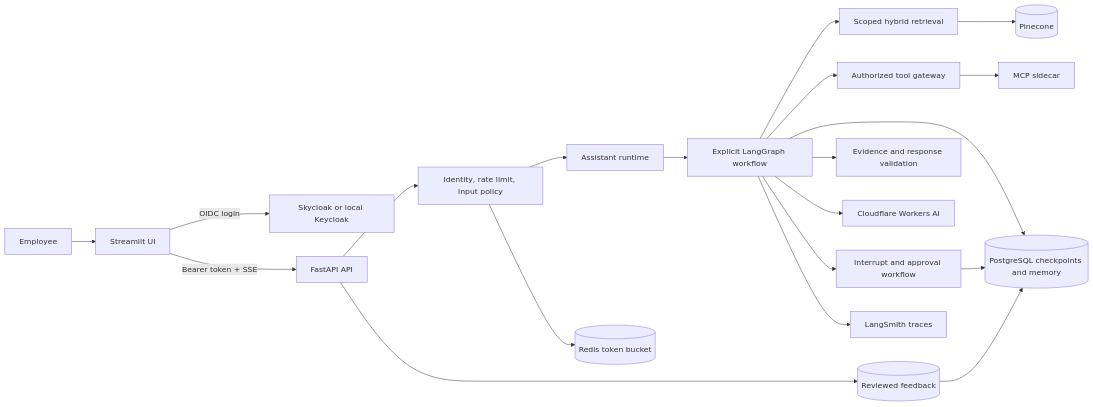
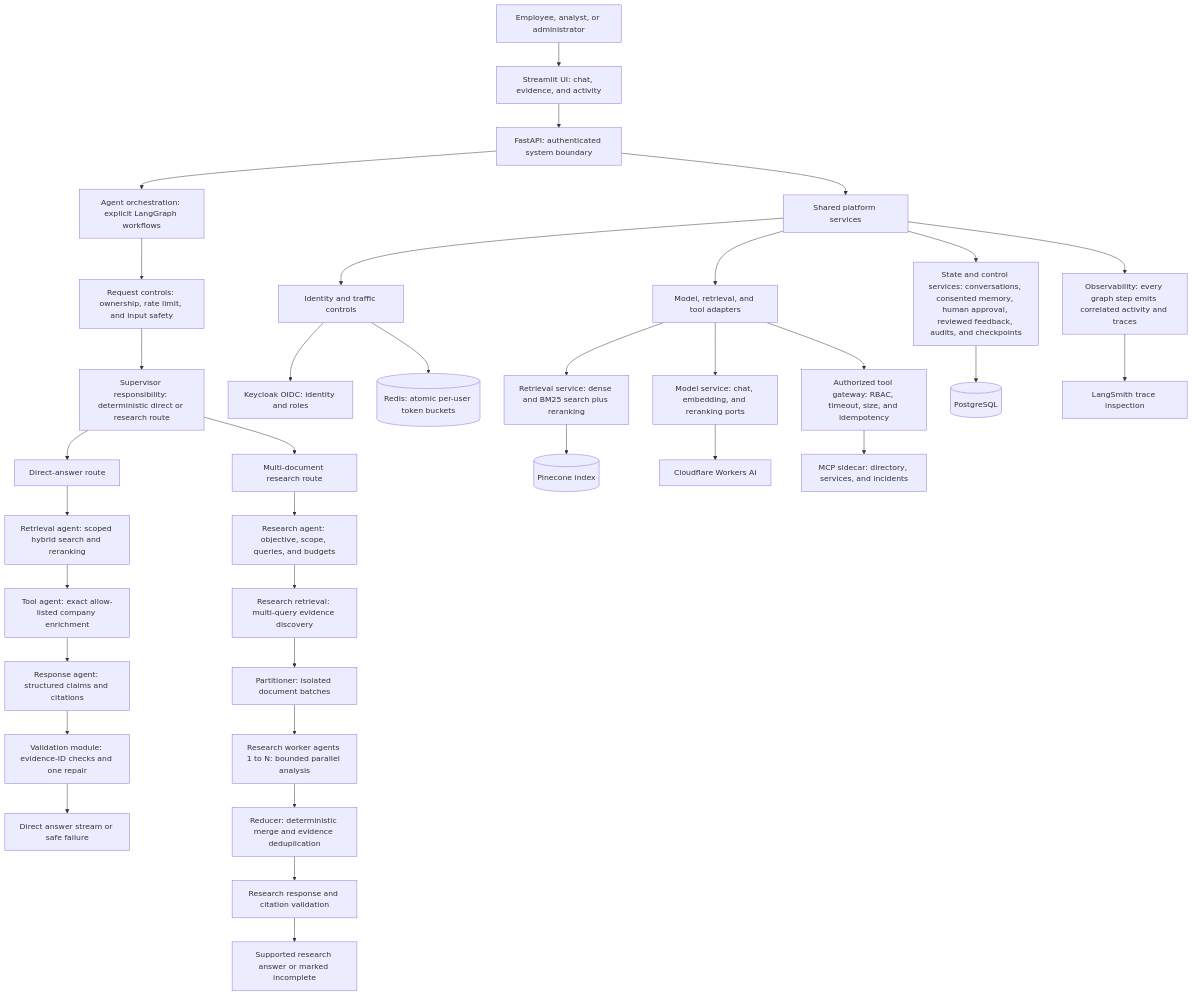
Before and after one commit to yathindrak/orysys: the diagram in docs/diagrams/system-context.mmd, drawn with Mermaid. The commit also changed 4 other files, not shown here.

Commit message:
chore: update docs with diagram

```diff
--- a/docs/diagrams/system-context.mmd
+++ b/docs/diagrams/system-context.mmd
@@ -1,20 +1,60 @@
-flowchart LR
-    User[Employee] --> UI[Streamlit UI]
-    UI -->|OIDC login| Keycloak[Skycloak or local Keycloak]
-    UI -->|Bearer token + SSE| API[FastAPI API]
-    API --> Policy[Identity, rate limit, input policy]
-    Policy --> Runtime[Assistant runtime]
-    Runtime --> Graph[Explicit LangGraph workflow]
-    Graph --> Retrieval[Scoped hybrid retrieval]
-    Graph --> Tools[Authorized tool gateway]
-    Graph --> Approval[Interrupt and approval workflow]
-    Graph --> Validation[Evidence and response validation]
-    Graph --> Cloudflare[Cloudflare Workers AI]
-    Retrieval --> Pinecone[(Pinecone)]
-    Tools --> MCP[MCP sidecar]
-    Graph --> Postgres[(PostgreSQL checkpoints and memory)]
-    API --> Feedback[(Reviewed feedback)]
-    Approval --> Postgres
-    Feedback --> Postgres
-    Policy --> Redis[(Redis token bucket)]
-    Graph --> LangSmith[LangSmith traces]
+flowchart TB
+    User[Employee, analyst, or administrator]
+    UI[Streamlit UI: chat, evidence, and activity]
+    API[FastAPI: authenticated system boundary]
+    Core[Agent orchestration: explicit LangGraph workflows]
+    Guard[Request controls: ownership, rate limit, and input safety]
+    Supervisor[Supervisor responsibility: deterministic direct or research route]
+    DirectRoute[Direct-answer route]
+    ResearchRoute[Multi-document research route]
+
+    DirectRetrieve[Retrieval agent: scoped hybrid search and reranking]
+    ToolAgent[Tool agent: exact allow-listed company enrichment]
+    DirectResponse[Response agent: structured claims and citations]
+    DirectValidation[Validation module: evidence-ID checks and one repair]
+    DirectAnswer[Direct answer stream or safe failure]
+
+    ResearchPlan[Research agent: objective, scope, queries, and budgets]
+    ResearchDiscover[Research retrieval: multi-query evidence discovery]
+    Partition[Partitioner: isolated document batches]
+    Workers[Research worker agents 1 to N: bounded parallel analysis]
+    Reduce[Reducer: deterministic merge and evidence deduplication]
+    ResearchResponse[Research response and citation validation]
+    ResearchAnswer[Supported research answer or marked incomplete]
+
+    Platform[Shared platform services]
+    SecurityServices[Identity and traffic controls]
+    RuntimeServices[Model, retrieval, and tool adapters]
+    Identity[Keycloak OIDC: identity and roles]
+    Redis[(Redis: atomic per-user token buckets)]
+    RetrievalService[Retrieval service: dense and BM25 search plus reranking]
+    Pinecone[(Pinecone index)]
+    ModelPort[Model service: chat, embedding, and reranking ports]
+    Model[Cloudflare Workers AI]
+    ToolGateway[Authorized tool gateway: RBAC, timeout, size, and idempotency]
+    MCP[MCP sidecar: directory, services, and incidents]
+    StateServices[State and control services: conversations, consented memory, human approval, reviewed feedback, audits, and checkpoints]
+    Database[(PostgreSQL)]
+    Telemetry[Observability: every graph step emits correlated activity and traces]
+    LangSmith[LangSmith trace inspection]
+
+    User --> UI --> API
+    API --> Core --> Guard --> Supervisor
+
+    Supervisor --> DirectRoute --> DirectRetrieve
+    DirectRetrieve --> ToolAgent --> DirectResponse --> DirectValidation --> DirectAnswer
+
+    Supervisor --> ResearchRoute --> ResearchPlan
+    ResearchPlan --> ResearchDiscover --> Partition --> Workers --> Reduce --> ResearchResponse
+    ResearchResponse --> ResearchAnswer
+
+    API --> Platform
+    Platform --> SecurityServices
+    SecurityServices --> Identity
+    SecurityServices --> Redis
+    Platform --> RuntimeServices
+    RuntimeServices --> RetrievalService --> Pinecone
+    RuntimeServices --> ModelPort --> Model
+    RuntimeServices --> ToolGateway --> MCP
+    Platform --> StateServices --> Database
+    Platform --> Telemetry --> LangSmith
```
